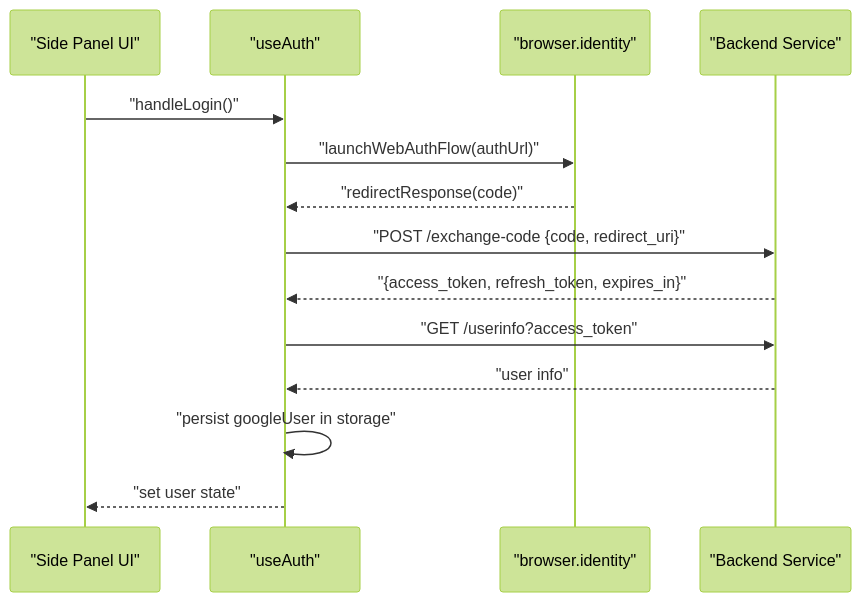
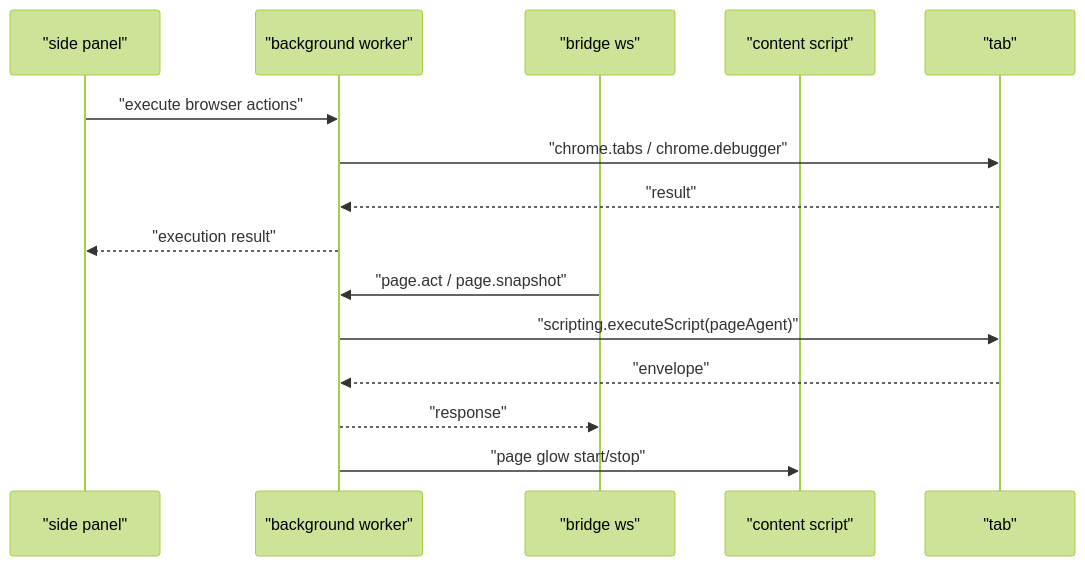
Before and after one commit to tashifkhan/tashif.codes: the second of 6 diagrams in src/data/docs/agentic-browser/System Architecture/Browser Extension Architecture.md, drawn with Mermaid (forest theme). The commit also changed other lines of this file and 114 other files, not shown here.

````diff
--- a/src/data/docs/agentic-browser/System Architecture/Browser Extension Architecture.md
+++ b/src/data/docs/agentic-browser/System Architecture/Browser Extension Architecture.md
@@ -148,16 +90,17 @@
 ```mermaid
 sequenceDiagram
-participant UI as "Side Panel UI"
-participant Hook as "useAuth"
-participant Identity as "browser.identity"
-participant Backend as "Backend Service"
-UI->>Hook : "handleLogin()"
-Hook->>Identity : "launchWebAuthFlow(authUrl)"
-Identity-->>Hook : "redirectResponse(code)"
-Hook->>Backend : "POST /exchange-code {code, redirect_uri}"
-Backend-->>Hook : "{access_token, refresh_token, expires_in}"
-Hook->>Backend : "GET /userinfo?access_token"
-Backend-->>Hook : "user info"
-Hook->>Hook : "persist googleUser in storage"
-Hook-->>UI : "set user state"
+  participant Panel as "side panel"
+  participant BG as "background worker"
+  participant Bridge as "bridge ws"
+  participant Page as "content script"
+  participant Tab as "tab"
+  Panel->>BG: "execute browser actions"
+  BG->>Tab: "chrome.tabs / chrome.debugger"
+  Tab-->>BG: "result"
+  BG-->>Panel: "execution result"
+  Bridge->>BG: "page.act / page.snapshot"
+  BG->>Tab: "scripting.executeScript(pageAgent)"
+  Tab-->>BG: "envelope"
+  BG-->>Bridge: "response"
+  BG->>Page: "page glow start/stop"
 ```
````
